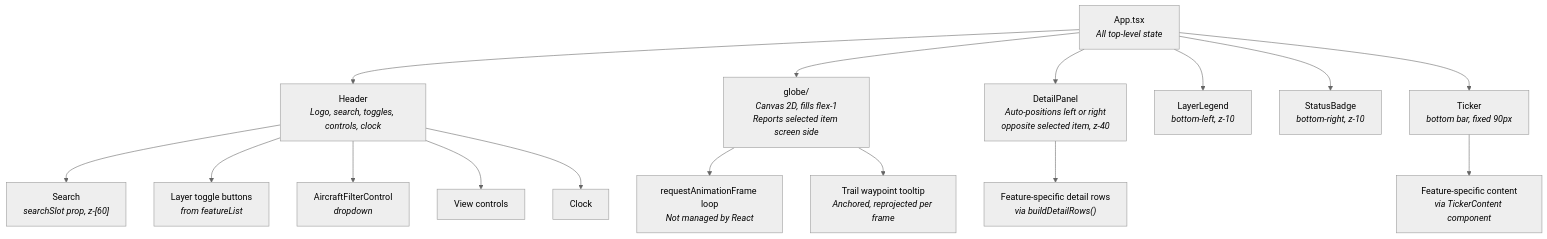
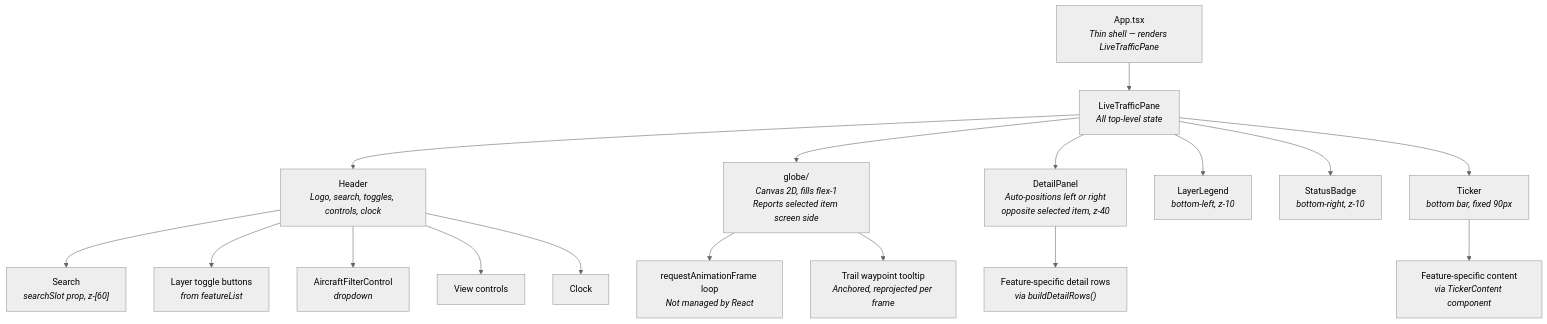
Diagram 13 of 14 in docs/architecture.md (iiTONELOC/sigint), drawn with Mermaid (neutral theme) before and after one commit. The commit also changed other lines of this file and 13 other files, not shown here.

First line of the commit message:
refactor: extract LiveTrafficPane, restructure aircraft feature

````diff
--- a/docs/architecture.md
+++ b/docs/architecture.md
@@ -653,24 +674,25 @@
 ```mermaid
 graph TD
-    App["App.tsx<br/><i>All top-level state</i>"]
+    App["App.tsx<br/><i>Thin shell — renders LiveTrafficPane</i>"]
+    App --> LTP["LiveTrafficPane<br/><i>All top-level state</i>"]
 
-    App --> Header["Header<br/><i>Logo, search, toggles, controls, clock</i>"]
+    LTP --> Header["Header<br/><i>Logo, search, toggles, controls, clock</i>"]
     Header --> SearchComp["Search<br/><i>searchSlot prop, z-[60]</i>"]
     Header --> LayerToggles["Layer toggle buttons<br/><i>from featureList</i>"]
     Header --> AircraftFC["AircraftFilterControl<br/><i>dropdown</i>"]
     Header --> ViewControls["View controls"]
     Header --> Clock["Clock"]
 
-    App --> GlobeViz["globe/<br/><i>Canvas 2D, fills flex-1<br/>Reports selected item screen side</i>"]
+    LTP --> GlobeViz["globe/<br/><i>Canvas 2D, fills flex-1<br/>Reports selected item screen side</i>"]
     GlobeViz --> CanvasLoop["requestAnimationFrame loop<br/><i>Not managed by React</i>"]
     GlobeViz --> Tooltip["Trail waypoint tooltip<br/><i>Anchored, reprojected per frame</i>"]
 
-    App --> DetailPanel["DetailPanel<br/><i>Auto-positions left or right<br/>opposite selected item, z-40</i>"]
+    LTP --> DetailPanel["DetailPanel<br/><i>Auto-positions left or right<br/>opposite selected item, z-40</i>"]
     DetailPanel --> DetailRows["Feature-specific detail rows<br/><i>via buildDetailRows()</i>"]
 
-    App --> LayerLegend["LayerLegend<br/><i>bottom-left, z-10</i>"]
-    App --> StatusBadge["StatusBadge<br/><i>bottom-right, z-10</i>"]
+    LTP --> LayerLegend["LayerLegend<br/><i>bottom-left, z-10</i>"]
+    LTP --> StatusBadge["StatusBadge<br/><i>bottom-right, z-10</i>"]
 
-    App --> Ticker["Ticker<br/><i>bottom bar, fixed 90px</i>"]
+    LTP --> Ticker["Ticker<br/><i>bottom bar, fixed 90px</i>"]
     Ticker --> TickerContent["Feature-specific content<br/><i>via TickerContent component</i>"]
 ```
````
